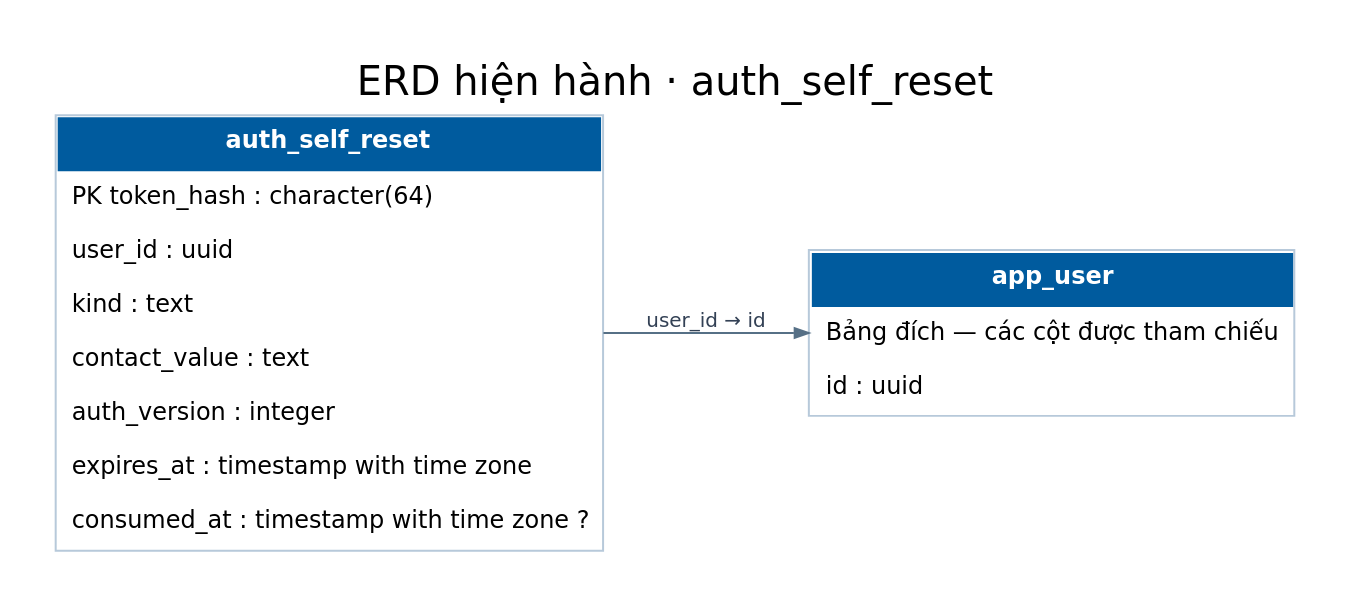
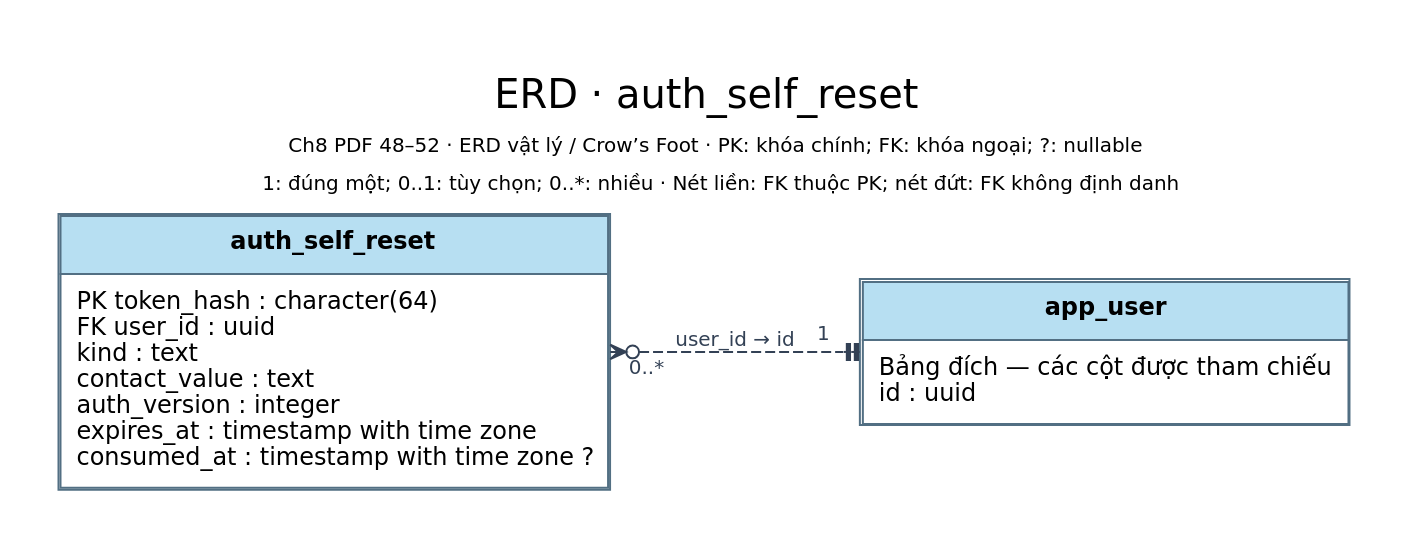
Before and after one commit to TEAM-DEV-FIVE/WMS_BA_2_0: the diagram in 03_So_do/Hien_hanh/dot/ERD_auth_self_reset.dot, drawn with Graphviz. The commit also changed 295 other files, not shown here.

Commit message:
docs: align current diagrams with BA notation and streamline READMEs

```diff
--- a/03_So_do/Hien_hanh/dot/ERD_auth_self_reset.dot
+++ b/03_So_do/Hien_hanh/dot/ERD_auth_self_reset.dot
@@ -1,9 +1,9 @@
 digraph WMS {
-graph [rankdir=LR, bgcolor="white", nodesep=.32, ranksep=.6, pad=.28];
+graph [rankdir=LR, bgcolor="white", nodesep=.5, ranksep=.9, pad=.3];
 node [shape=plain, fontname="DejaVu Sans", fontsize=12];
-edge [fontname="DejaVu Sans", fontsize=10, color="#567086", fontcolor="#334155", arrowsize=.7];
-label="ERD hiện hành · auth_self_reset"; labelloc=t; fontname="DejaVu Sans"; fontsize=20;
-"auth_self_reset" [label=<<TABLE BORDER="1" CELLBORDER="0" CELLSPACING="0" CELLPADDING="7" COLOR="#b7c9da"><TR><TD BGCOLOR="#005b9e"><FONT COLOR="white"><B>auth_self_reset</B></FONT></TD></TR><TR><TD ALIGN="LEFT">PK token_hash : character(64)</TD></TR><TR><TD ALIGN="LEFT">user_id : uuid</TD></TR><TR><TD ALIGN="LEFT">kind : text</TD></TR><TR><TD ALIGN="LEFT">contact_value : text</TD></TR><TR><TD ALIGN="LEFT">auth_version : integer</TD></TR><TR><TD ALIGN="LEFT">expires_at : timestamp with time zone</TD></TR><TR><TD ALIGN="LEFT">consumed_at : timestamp with time zone ?</TD></TR></TABLE>>];
-"app_user" [label=<<TABLE BORDER="1" CELLBORDER="0" CELLSPACING="0" CELLPADDING="7" COLOR="#b7c9da"><TR><TD BGCOLOR="#005b9e"><FONT COLOR="white"><B>app_user</B></FONT></TD></TR><TR><TD ALIGN="LEFT">Bảng đích — các cột được tham chiếu</TD></TR><TR><TD ALIGN="LEFT">id : uuid</TD></TR></TABLE>>];
-"auth_self_reset" -> "app_user" [label="user_id → id"];
+edge [fontname="DejaVu Sans", fontsize=10, color="#334155", fontcolor="#334155", arrowsize=.8];
+label=<<TABLE BORDER="0" CELLBORDER="0" CELLPADDING="3"><TR><TD><FONT POINT-SIZE="20">ERD · auth_self_reset</FONT></TD></TR><TR><TD><FONT POINT-SIZE="10">Ch8 PDF 48–52 · ERD vật lý / Crow’s Foot · PK: khóa chính; FK: khóa ngoại; ?: nullable</FONT></TD></TR><TR><TD><FONT POINT-SIZE="10">1: đúng một; 0..1: tùy chọn; 0..*: nhiều · Nét liền: FK thuộc PK; nét đứt: FK không định danh</FONT></TD></TR></TABLE>>; labelloc=t; fontname="DejaVu Sans"; fontsize=16;
+"auth_self_reset" [label=<<TABLE BORDER="1" CELLBORDER="1" CELLSPACING="0" CELLPADDING="7" COLOR="#526f83"><TR><TD BGCOLOR="#b7dff2"><B>auth_self_reset</B></TD></TR><TR><TD ALIGN="LEFT" BALIGN="LEFT">PK token_hash : character(64)<BR ALIGN="LEFT"/>FK user_id : uuid<BR ALIGN="LEFT"/>kind : text<BR ALIGN="LEFT"/>contact_value : text<BR ALIGN="LEFT"/>auth_version : integer<BR ALIGN="LEFT"/>expires_at : timestamp with time zone<BR ALIGN="LEFT"/>consumed_at : timestamp with time zone ?</TD></TR></TABLE>>];
+"app_user" [label=<<TABLE BORDER="1" CELLBORDER="1" CELLSPACING="0" CELLPADDING="7" COLOR="#526f83"><TR><TD BGCOLOR="#b7dff2"><B>app_user</B></TD></TR><TR><TD ALIGN="LEFT" BALIGN="LEFT">Bảng đích — các cột được tham chiếu<BR ALIGN="LEFT"/>id : uuid</TD></TR></TABLE>>];
+"auth_self_reset" -> "app_user" [label="user_id → id", dir="both", arrowtail="crowodot", arrowhead="teetee", taillabel="0..*", headlabel="1", labeldistance="2", style="dashed"];
 }
```
